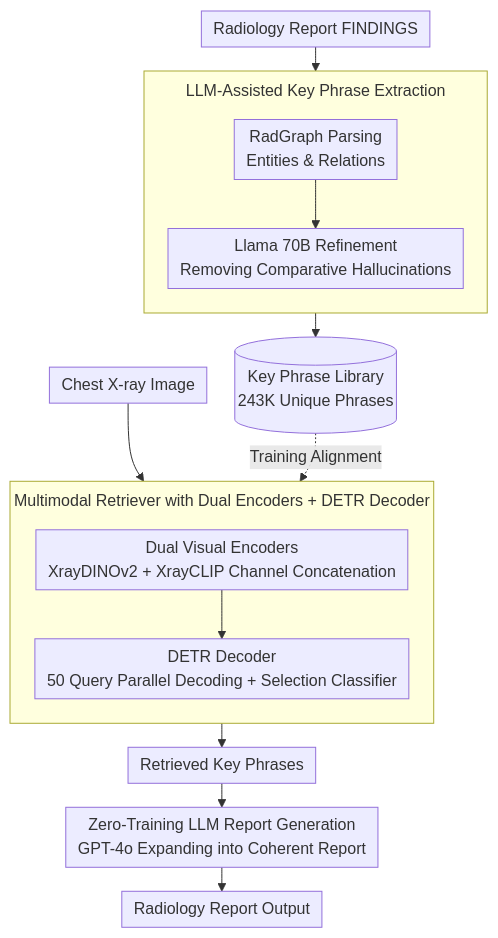
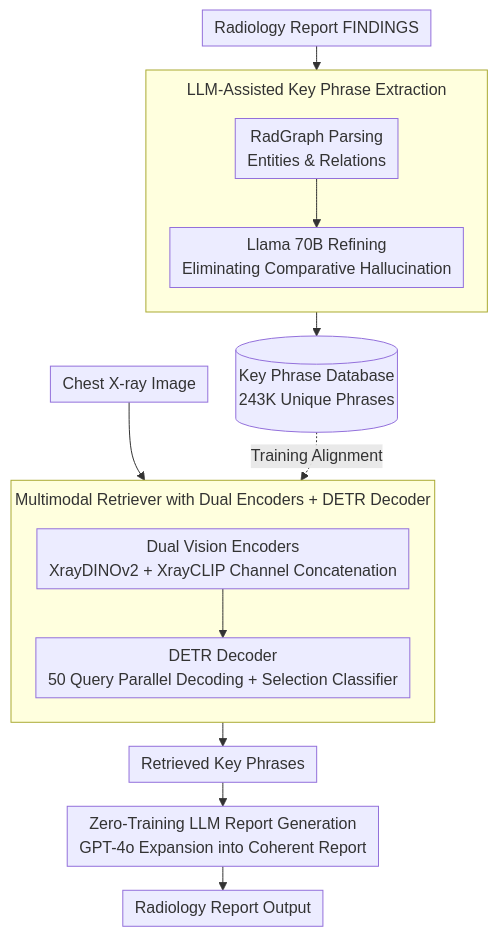
One commit to zhaoyang97/Paper-Notes-en changed the diagram in docs/ACL2026/medical_nlp/ra-rrg_multimodal_retrieval-augmented_radiology_report_generation_with_key_phras.md. Above: the diagram before and after it, drawn with Mermaid. The commit also changed other lines of this file and 5084 other files, not shown here.

````diff
--- a/docs/ACL2026/medical_nlp/ra-rrg_multimodal_retrieval-augmented_radiology_report_generation_with_key_phras.md
+++ b/docs/ACL2026/medical_nlp/ra-rrg_multimodal_retrieval-augmented_radiology_report_generation_with_key_phras.md
@@ -42,23 +42,23 @@
 ```mermaid
 %%{init: {'flowchart': {'rankSpacing': 24, 'nodeSpacing': 28, 'padding': 6, 'wrappingWidth': 400, 'subGraphTitleMargin': {'top': 8, 'bottom': 16}}}}%%
 flowchart TD
     R["Radiology Report FINDINGS"]
     subgraph KP["LLM-Assisted Key Phrase Extraction"]
         direction TB
-        A["RadGraph Parsing<br/>Entities & Relations"] --> B["Llama 70B Refinement<br/>Removing Comparative Hallucinations"]
+        A["RadGraph Parsing<br/>Entities & Relations"] --> B["Llama 70B Refining<br/>Eliminating Comparative Hallucination"]
     end
     R --> KP
-    KP --> DB[("Key Phrase Library<br/>243K Unique Phrases")]
+    KP --> DB[("Key Phrase Database<br/>243K Unique Phrases")]
 
     I["Chest X-ray Image"]
     subgraph RET["Multimodal Retriever with Dual Encoders + DETR Decoder"]
         direction TB
-        C["Dual Visual Encoders<br/>XrayDINOv2 + XrayCLIP Channel Concatenation"] --> D["DETR Decoder<br/>50 Query Parallel Decoding + Selection Classifier"]
+        C["Dual Vision Encoders<br/>XrayDINOv2 + XrayCLIP Channel Concatenation"] --> D["DETR Decoder<br/>50 Query Parallel Decoding + Selection Classifier"]
     end
     I --> RET
     DB -.Training Alignment.-> RET
     RET --> E["Retrieved Key Phrases"]
 
-    E --> G["Zero-Training LLM Report Generation<br/>GPT-4o Expanding into Coherent Report"]
+    E --> G["Zero-Training LLM Report Generation<br/>GPT-4o Expansion into Coherent Report"]
     G --> O["Radiology Report Output"]
 ```
````
